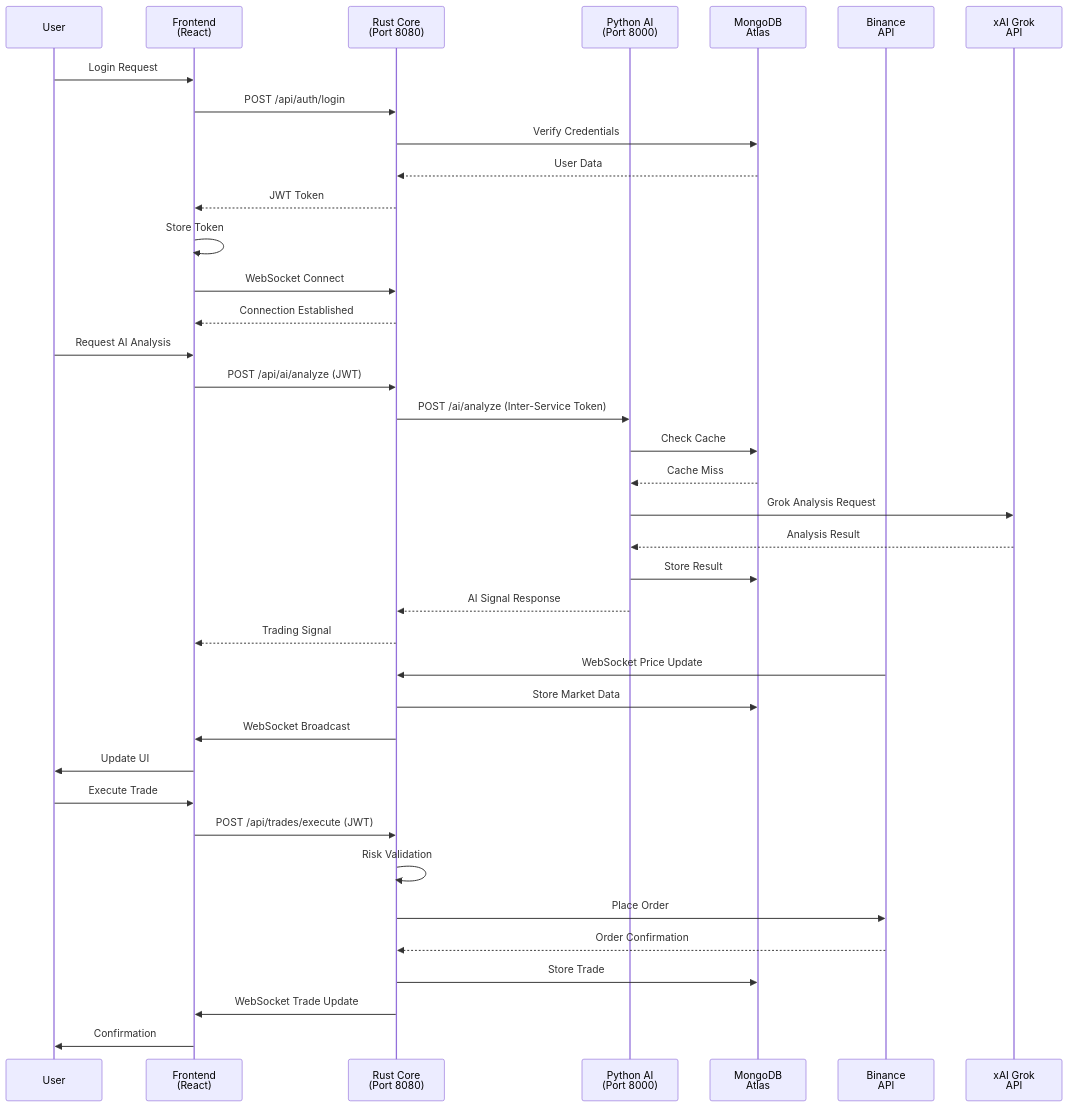
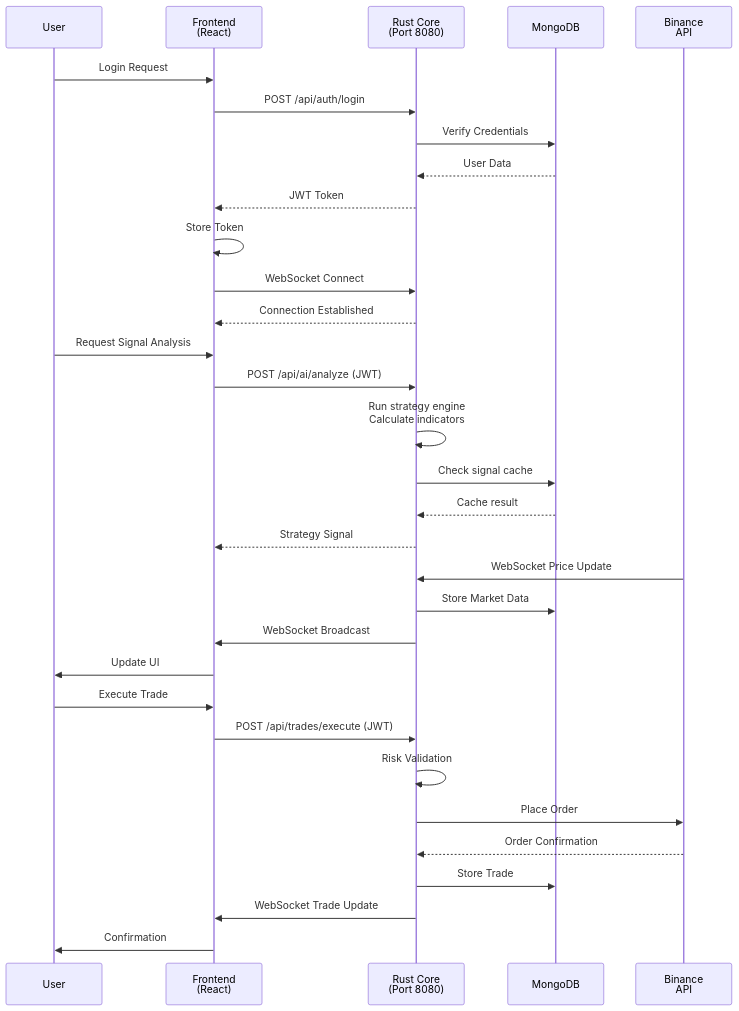
One commit to magic-ai-trading-bot/bot-core changed the third of 4 diagrams in specifications/02-design/2.1-architecture/ARCH-OVERVIEW.md. Above: the diagram before and after it, drawn with Mermaid. The commit also changed other lines of this file and 92 other files, not shown here.

First line of the commit message:
chore: complete Python AI service cleanup across entire codebase

````diff
--- a/specifications/02-design/2.1-architecture/ARCH-OVERVIEW.md
+++ b/specifications/02-design/2.1-architecture/ARCH-OVERVIEW.md
@@ -382,50 +330,44 @@
 ```mermaid
 sequenceDiagram
     participant User
     participant Frontend as Frontend<br/>(React)
     participant Rust as Rust Core<br/>(Port 8080)
-    participant Python as Python AI<br/>(Port 8000)
-    participant MongoDB as MongoDB<br/>Atlas
+    participant MongoDB as MongoDB
     participant Binance as Binance<br/>API
-    participant Grok as xAI Grok<br/>API
 
     %% User Authentication
     User->>Frontend: Login Request
     Frontend->>Rust: POST /api/auth/login
     Rust->>MongoDB: Verify Credentials
     MongoDB-->>Rust: User Data
     Rust-->>Frontend: JWT Token
     Frontend->>Frontend: Store Token
 
     %% WebSocket Connection
     Frontend->>Rust: WebSocket Connect
     Rust-->>Frontend: Connection Established
 
-    %% AI Analysis Request
-    User->>Frontend: Request AI Analysis
+    %% Strategy Analysis Request
+    User->>Frontend: Request Signal Analysis
     Frontend->>Rust: POST /api/ai/analyze (JWT)
-    Rust->>Python: POST /ai/analyze (Inter-Service Token)
-    Python->>MongoDB: Check Cache
-    MongoDB-->>Python: Cache Miss
-    Python->>Grok: Grok Analysis Request
-    Grok-->>Python: Analysis Result
-    Python->>MongoDB: Store Result
-    Python-->>Rust: AI Signal Response
-    Rust-->>Frontend: Trading Signal
+    Rust->>Rust: Run strategy engine<br/>Calculate indicators
+    Rust->>MongoDB: Check signal cache
+    MongoDB-->>Rust: Cache result
+    Rust-->>Frontend: Strategy Signal
 
     %% Real-time Price Updates
     Binance->>Rust: WebSocket Price Update
     Rust->>MongoDB: Store Market Data
     Rust->>Frontend: WebSocket Broadcast
     Frontend->>User: Update UI
 
     %% Trade Execution
     User->>Frontend: Execute Trade
     Frontend->>Rust: POST /api/trades/execute (JWT)
     Rust->>Rust: Risk Validation
     Rust->>Binance: Place Order
     Binance-->>Rust: Order Confirmation
     Rust->>MongoDB: Store Trade
     Rust->>Frontend: WebSocket Trade Update
     Frontend->>User: Confirmation
 ```
````
